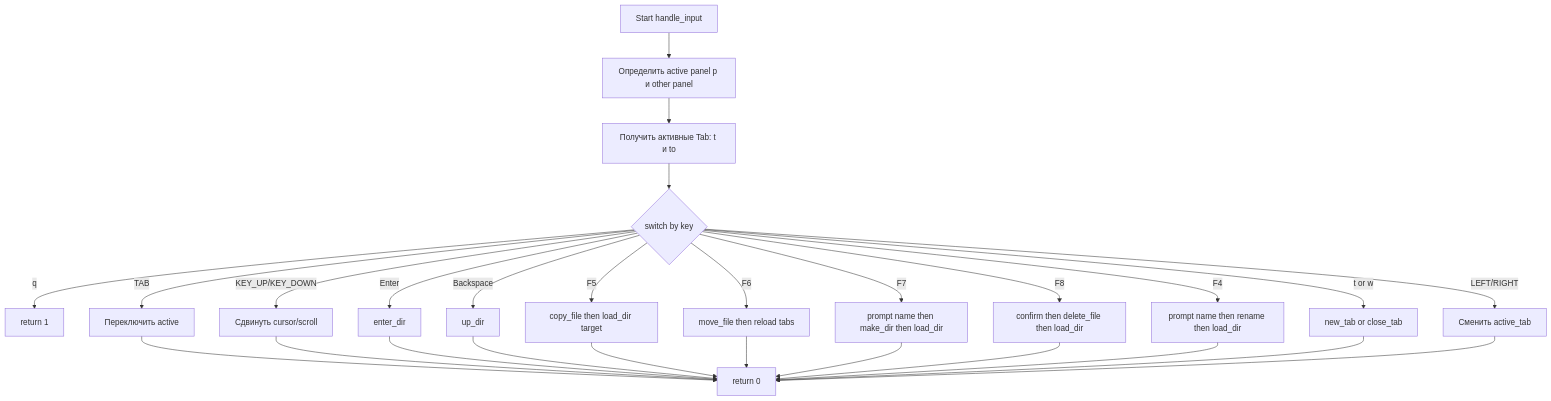
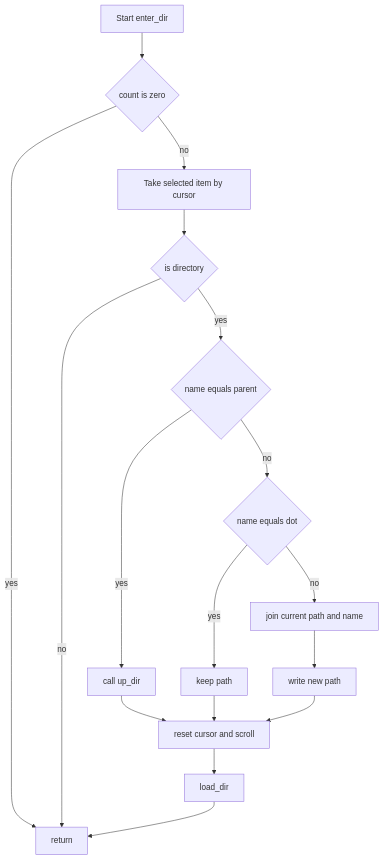
One commit to tecris-unk/commander changed the first of 4 diagrams in README.md. Above: the diagram before and after it, drawn with Mermaid.

````diff
--- a/README.md
+++ b/README.md
@@ -1,31 +1,19 @@
 ```mermaid
 flowchart TD
-    A[Start handle_input] --> B[Определить active panel p и other panel]
-    B --> C[Получить активные Tab: t и to]
-    C --> D{switch by key}
-
-    D -->|q| E[return 1]
-    D -->|TAB| F[Переключить active]
-    D -->|KEY_UP/KEY_DOWN| G[Сдвинуть cursor/scroll]
-    D -->|Enter| H[enter_dir]
-    D -->|Backspace| I[up_dir]
-    D -->|F5| J[copy_file then load_dir target]
-    D -->|F6| K[move_file then reload tabs]
-    D -->|F7| L[prompt name then make_dir then load_dir]
-    D -->|F8| M[confirm then delete_file then load_dir]
-    D -->|F4| N[prompt name then rename then load_dir]
-    D -->|t or w| O[new_tab or close_tab]
-    D -->|LEFT/RIGHT| P[Сменить active_tab]
-
-    F --> Q[return 0]
-    G --> Q
-    H --> Q
-    I --> Q
-    J --> Q
-    K --> Q
-    L --> Q
-    M --> Q
-    N --> Q
-    O --> Q
-    P --> Q
+    A[Start enter_dir] --> B{count is zero}
+    B -->|yes| Z[return]
+    B -->|no| C[Take selected item by cursor]
+    C --> D{is directory}
+    D -->|no| Z
+    D -->|yes| E{name equals parent}
+    E -->|yes| F[call up_dir]
+    E -->|no| G{name equals dot}
+    G -->|yes| H[keep path]
+    G -->|no| I[join current path and name]
+    I --> J[write new path]
+    H --> K[reset cursor and scroll]
+    F --> K
+    J --> K
+    K --> L[load_dir]
+    L --> Z
 ```
````
